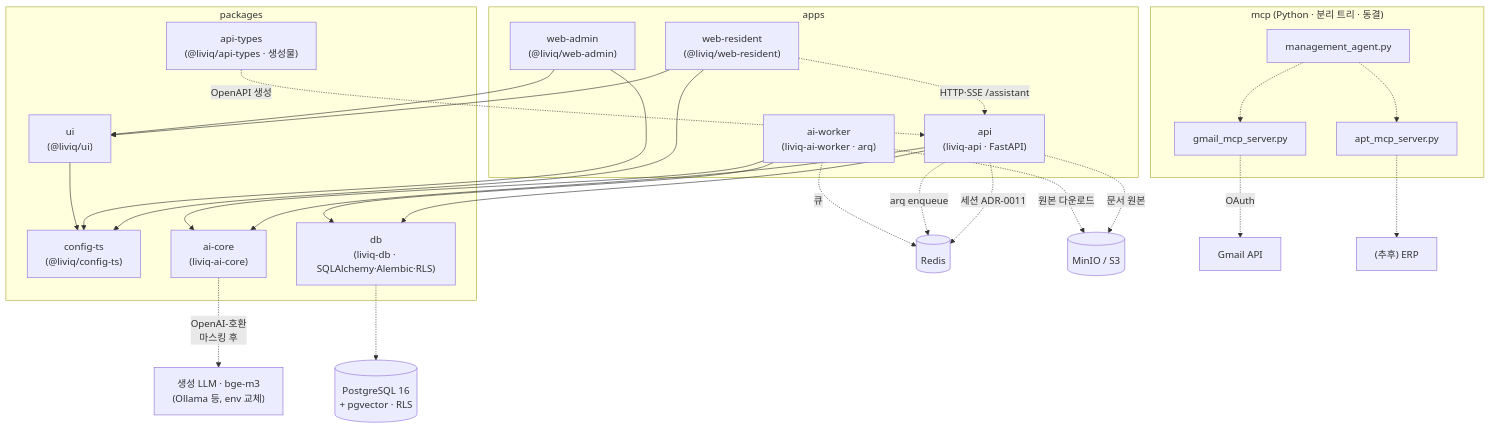
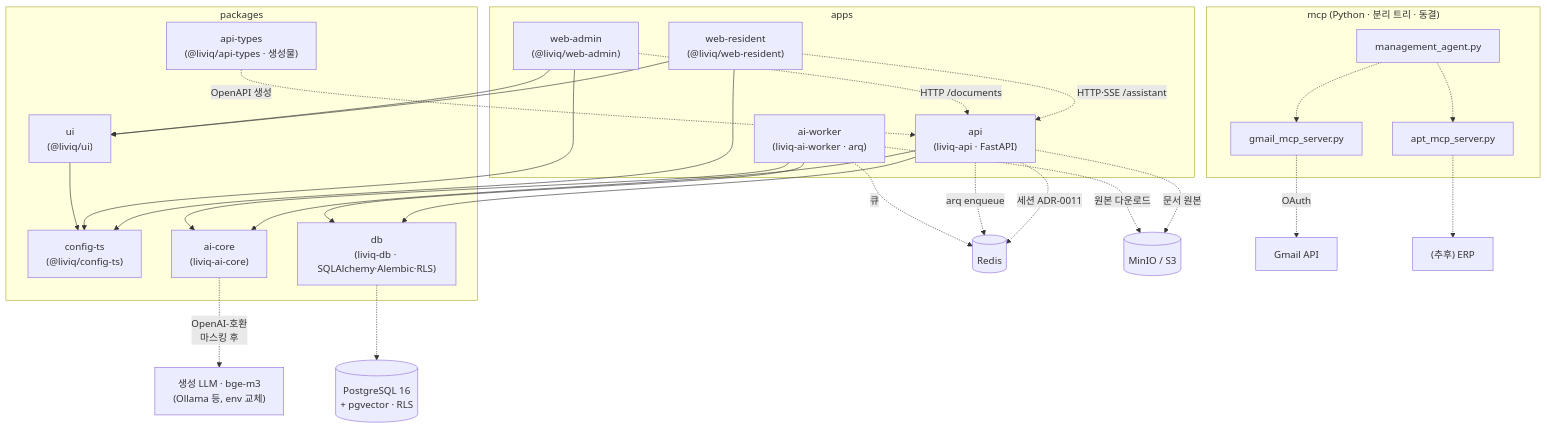
The diagram in ARCHITECTURE.md (romis9724/LIVIQ), drawn with Mermaid before and after one commit. The commit also changed other lines of this file and 2 other files, not shown here.

Commit message:
docs: H2-2 완료 현행화 — CLAUDE.md·ARCHITECTURE.md·§8.2 상태

````diff
--- a/ARCHITECTURE.md
+++ b/ARCHITECTURE.md
@@ -13,45 +13,46 @@
 ```mermaid
 graph TD
   subgraph apps
     R["web-resident<br/>(@liviq/web-resident)"]
     A["web-admin<br/>(@liviq/web-admin)"]
     API["api<br/>(liviq-api · FastAPI)"]
     W["ai-worker<br/>(liviq-ai-worker · arq)"]
   end
   subgraph packages
     UI["ui<br/>(@liviq/ui)"]
     CFG["config-ts<br/>(@liviq/config-ts)"]
     APIT["api-types<br/>(@liviq/api-types · 생성물)"]
     AIC["ai-core<br/>(liviq-ai-core)"]
     DB["db<br/>(liviq-db · SQLAlchemy·Alembic·RLS)"]
   end
   subgraph python["mcp (Python · 분리 트리 · 동결)"]
     MA["management_agent.py"]
     GM["gmail_mcp_server.py"]
     APT["apt_mcp_server.py"]
   end
 
   R --> UI
   A --> UI
   R --> CFG
   A --> CFG
   UI --> CFG
   R -.->|HTTP·SSE /assistant| API
+  A -.->|HTTP /documents| API
   APIT -.->|OpenAPI 생성| API
   API --> AIC
   API --> DB
   W --> AIC
   W --> DB
   DB -.-> PG[("PostgreSQL 16<br/>+ pgvector · RLS")]
   API -.->|세션 ADR-0011| REDIS[("Redis")]
   API -.->|arq enqueue| REDIS
   W -.->|큐| REDIS
   API -.->|문서 원본| S3[("MinIO / S3")]
   W -.->|원본 다운로드| S3
   AIC -.->|OpenAI-호환<br/>마스킹 후| LLM["생성 LLM · bge-m3<br/>(Ollama 등, env 교체)"]
 
   MA -.-> GM
   MA -.-> APT
   GM -.->|OAuth| EXT["Gmail API"]
   APT -.-> ERP["(추후) ERP"]
 ```
````
